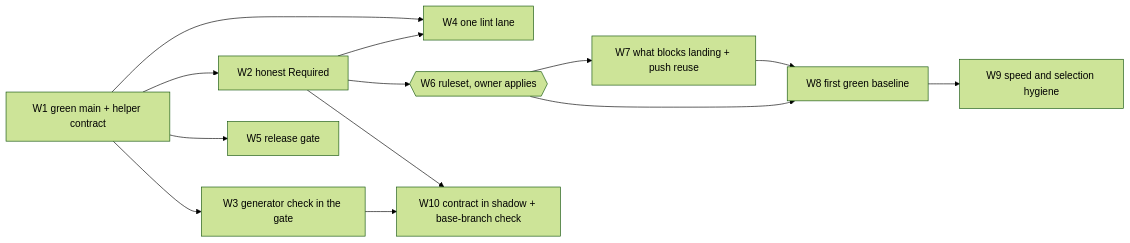
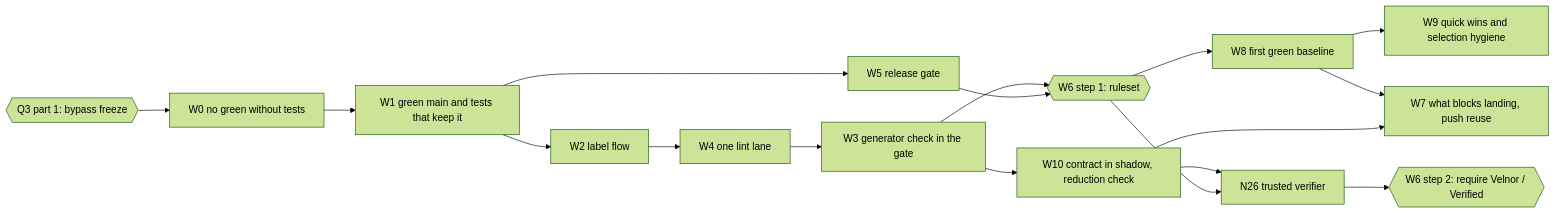
One commit to tailrocks/velnor-new changed the first of 2 diagrams in docs/research/velnor-runner-2026-11/delivery-plan.md. Above: the diagram before and after it, drawn with Mermaid (forest theme). The commit also changed other lines of this file and 1 other file, not shown here.

First line of the commit message:
fix(velnor-gen review): delivery plan order, releases, reuse gates

````diff
--- a/docs/research/velnor-runner-2026-11/delivery-plan.md
+++ b/docs/research/velnor-runner-2026-11/delivery-plan.md
@@ -70,15 +82,19 @@
 ```mermaid
 flowchart LR
-  W1[W1 green main + helper contract] --> W2[W2 honest Required]
-  W1 --> W3[W3 generator check in the gate]
-  W1 --> W4[W4 one lint lane]
+  F{{Q3 part 1: bypass freeze}} --> W0[W0 no green without tests]
+  W0 --> W1[W1 green main and tests that keep it]
+  W1 --> W2[W2 label flow]
   W1 --> W5[W5 release gate]
-  W2 --> W4
-  W2 --> W6{{W6 ruleset, owner applies}}
-  W6 --> W7[W7 what blocks landing + push reuse]
-  W7 --> W8[W8 first green baseline]
-  W6 --> W8
-  W8 --> W9[W9 speed and selection hygiene]
-  W2 --> W10[W10 contract in shadow + base-branch check]
-  W3 --> W10
+  W2 --> W4[W4 one lint lane]
+  W4 --> W3[W3 generator check in the gate]
+  W3 --> S1{{W6 step 1: ruleset}}
+  W5 --> S1
+  S1 --> W8[W8 first green baseline]
+  W8 --> W9[W9 quick wins and selection hygiene]
+  W3 --> W10[W10 contract in shadow, reduction check]
+  W8 --> W7[W7 what blocks landing, push reuse]
+  W10 --> W7
+  W10 --> N26[N26 trusted verifier]
+  S1 --> N26
+  N26 --> S2{{W6 step 2: require Velnor / Verified}}
 ```
````
